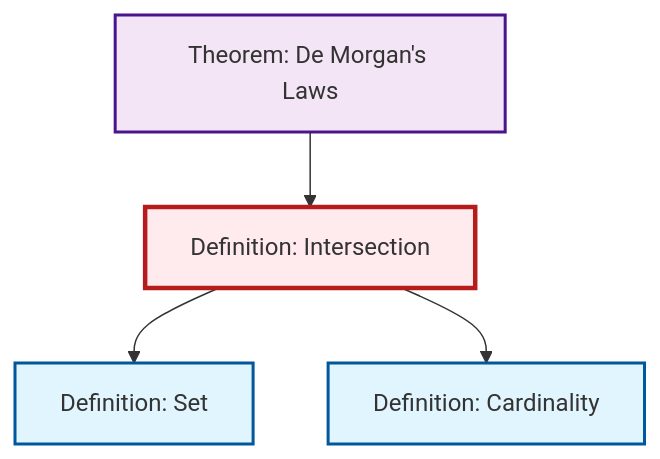
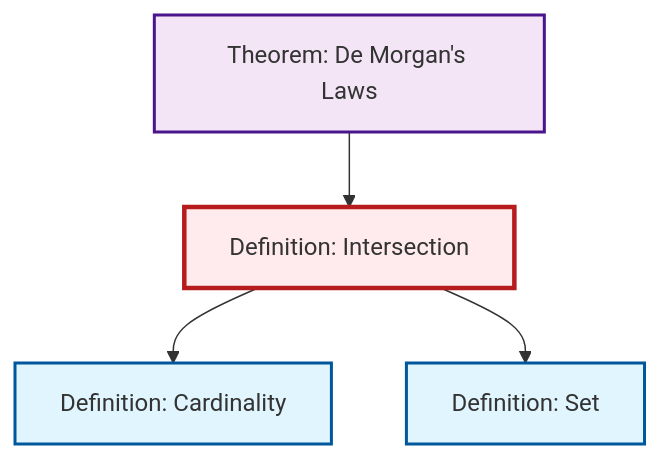
One commit to RK0429/ModernMath changed the diagram in content/ja/logic-set-theory/def-intersection.qmd. Above: the diagram before and after it, drawn with Mermaid. The commit also changed other lines of this file and 634 other files, not shown here.

````diff
--- a/content/ja/logic-set-theory/def-intersection.qmd
+++ b/content/ja/logic-set-theory/def-intersection.qmd
@@ -63,20 +63,20 @@
 ```{mermaid}
 %%| fig-cap: "Local dependency graph"
 graph TD
     classDef definition fill:#e1f5fe,stroke:#01579b,stroke-width:2px
     classDef theorem fill:#f3e5f5,stroke:#4a148c,stroke-width:2px
     classDef axiom fill:#fff3e0,stroke:#e65100,stroke-width:2px
     classDef example fill:#e8f5e9,stroke:#1b5e20,stroke-width:2px
     classDef current fill:#ffebee,stroke:#b71c1c,stroke-width:3px
+    def-cardinality["Definition: Cardinality"]:::definition
+    thm-de-morgan["Theorem: De Morgan's Laws"]:::theorem
     def-intersection["Definition: Intersection"]:::definition
-    thm-de-morgan["Theorem: De Morgan's Laws"]:::theorem
-    def-cardinality["Definition: Cardinality"]:::definition
     def-set["Definition: Set"]:::definition
     thm-de-morgan --> def-intersection
+    def-intersection --> def-cardinality
     def-intersection --> def-set
-    def-intersection --> def-cardinality
     class def-intersection current
+    click def-cardinality "def-cardinality.html" "Definition: Cardinalityへ"
     click thm-de-morgan "thm-de-morgan.html" "Theorem: De Morgan's Lawsへ"
-    click def-cardinality "def-cardinality.html" "Definition: Cardinalityへ"
     click def-set "def-set.html" "Definition: Setへ"
 ```
````
